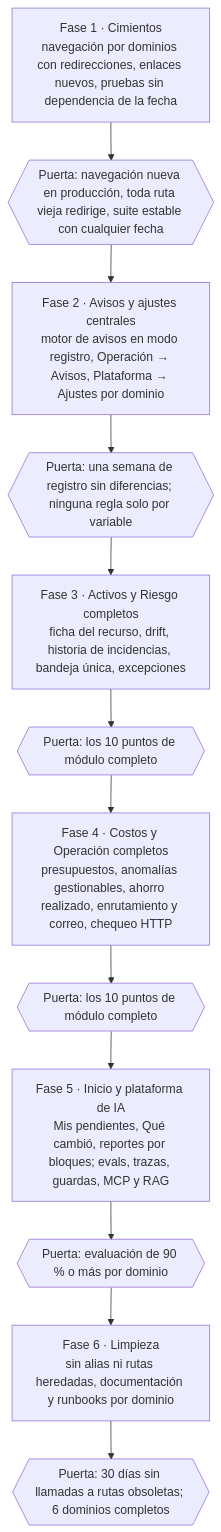
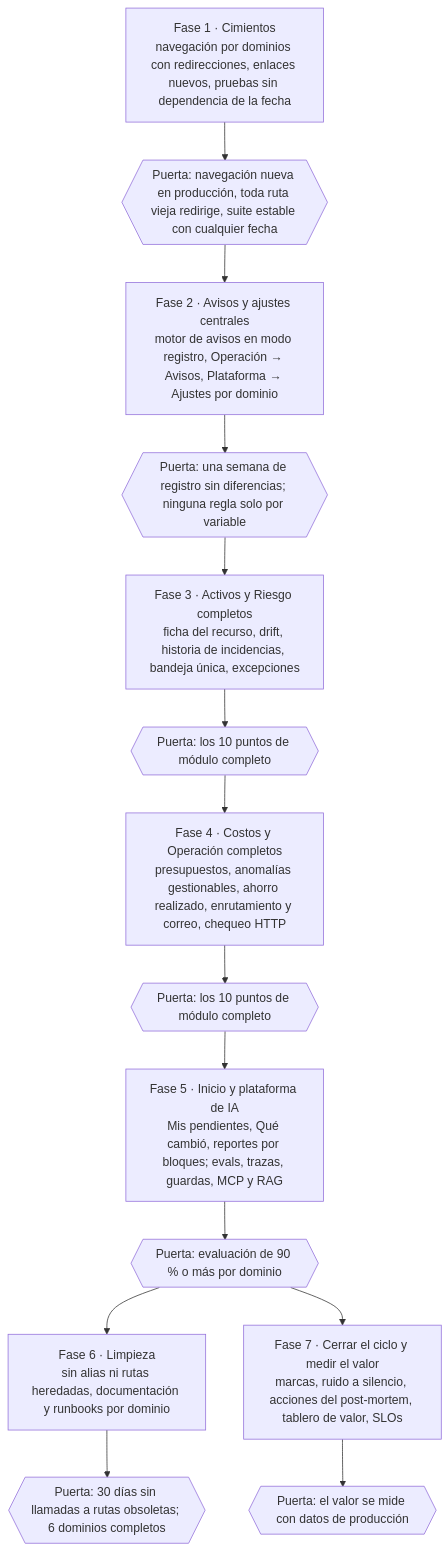
One commit to miguelortiz13/cloudops-copilot changed the second of 2 diagrams in docs/plan/10-reestructuracion-por-dominios.md. Above: the diagram before and after it, drawn with Mermaid. The commit also changed other lines of this file and 2 other files, not shown here.

First line of the commit message:
docs(plan): fase 7 · cerrar el ciclo y medir el valor (#159)

````diff
--- a/docs/plan/10-reestructuracion-por-dominios.md
+++ b/docs/plan/10-reestructuracion-por-dominios.md
@@ -120,16 +120,19 @@
 ```mermaid
 flowchart TB
     F1[Fase 1 · Cimientos<br/>navegación por dominios con redirecciones, enlaces nuevos, pruebas sin dependencia de la fecha]
     G1{{Puerta: navegación nueva en producción, toda ruta vieja redirige, suite estable con cualquier fecha}}
     F2[Fase 2 · Avisos y ajustes centrales<br/>motor de avisos en modo registro, Operación → Avisos, Plataforma → Ajustes por dominio]
     G2{{Puerta: una semana de registro sin diferencias; ninguna regla solo por variable}}
     F3[Fase 3 · Activos y Riesgo completos<br/>ficha del recurso, drift, historia de incidencias, bandeja única, excepciones]
     G3{{Puerta: los 10 puntos de módulo completo}}
     F4[Fase 4 · Costos y Operación completos<br/>presupuestos, anomalías gestionables, ahorro realizado, enrutamiento y correo, chequeo HTTP]
     G4{{Puerta: los 10 puntos de módulo completo}}
     F5[Fase 5 · Inicio y plataforma de IA<br/>Mis pendientes, Qué cambió, reportes por bloques; evals, trazas, guardas, MCP y RAG]
     G5{{Puerta: evaluación de 90 % o más por dominio}}
     F6[Fase 6 · Limpieza<br/>sin alias ni rutas heredadas, documentación y runbooks por dominio]
     G6{{Puerta: 30 días sin llamadas a rutas obsoletas; 6 dominios completos}}
+    F7[Fase 7 · Cerrar el ciclo y medir el valor<br/>marcas, ruido a silencio, acciones del post-mortem, tablero de valor, SLOs]
+    G7{{Puerta: el valor se mide con datos de producción}}
     F1 --> G1 --> F2 --> G2 --> F3 --> G3 --> F4 --> G4 --> F5 --> G5 --> F6 --> G6
+    G5 --> F7 --> G7
 ```
````
